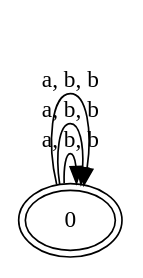
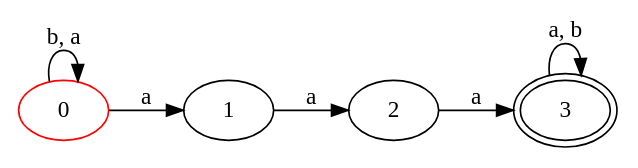
The diagram in affichage.dot (userdigitaldevil/automata), drawn with Graphviz before and after one commit. The commit also changed 7 other files, not shown here.

```diff
--- a/affichage.dot
+++ b/affichage.dot
@@ -1,7 +1,12 @@
 digraph a {
  rankdir=LR
-0[ label ="0",peripheries=2 ];
-0 -> 0 [ label = "a, b, b" ];
-0 -> 0 [ label = "a, b, b" ];
-0 -> 0 [ label = "a, b, b" ];
+0[ label ="0", color=red ];
+0 -> 0 [ label = "b, a" ];
+0 -> 1 [ label = "a" ];
+1[ label ="1",];
+1 -> 2 [ label = "a" ];
+2[ label ="2",];
+2 -> 3 [ label = "a" ];
+3[ label ="3",peripheries=2 ];
+3 -> 3 [ label = "a, b" ];
 }
```
